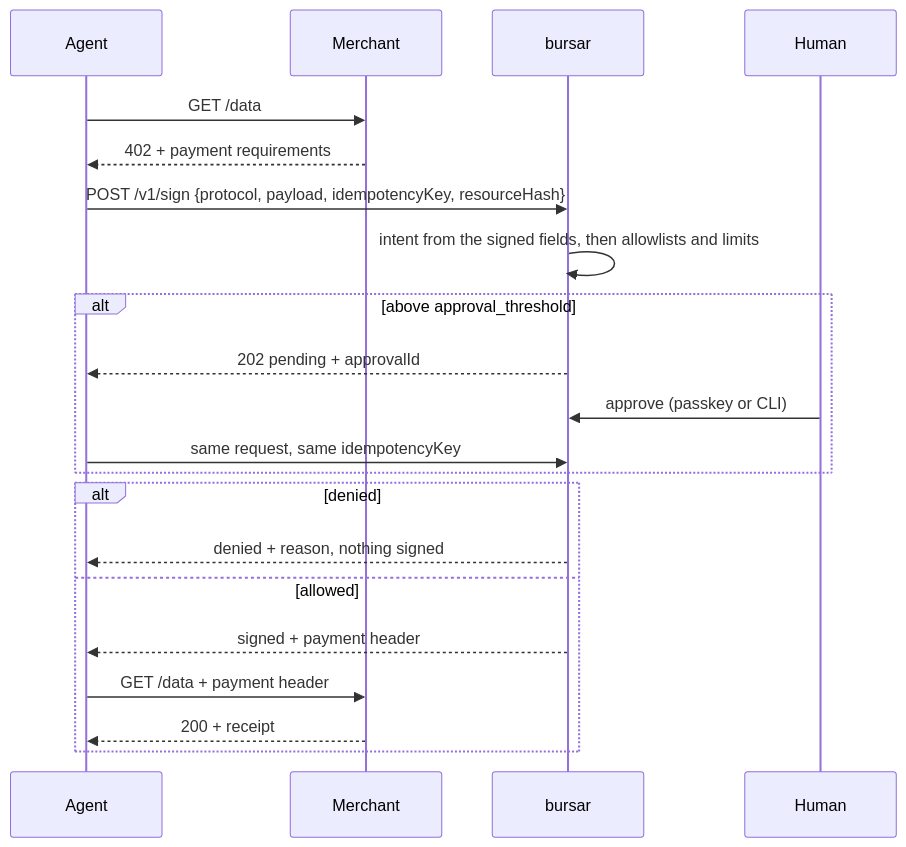
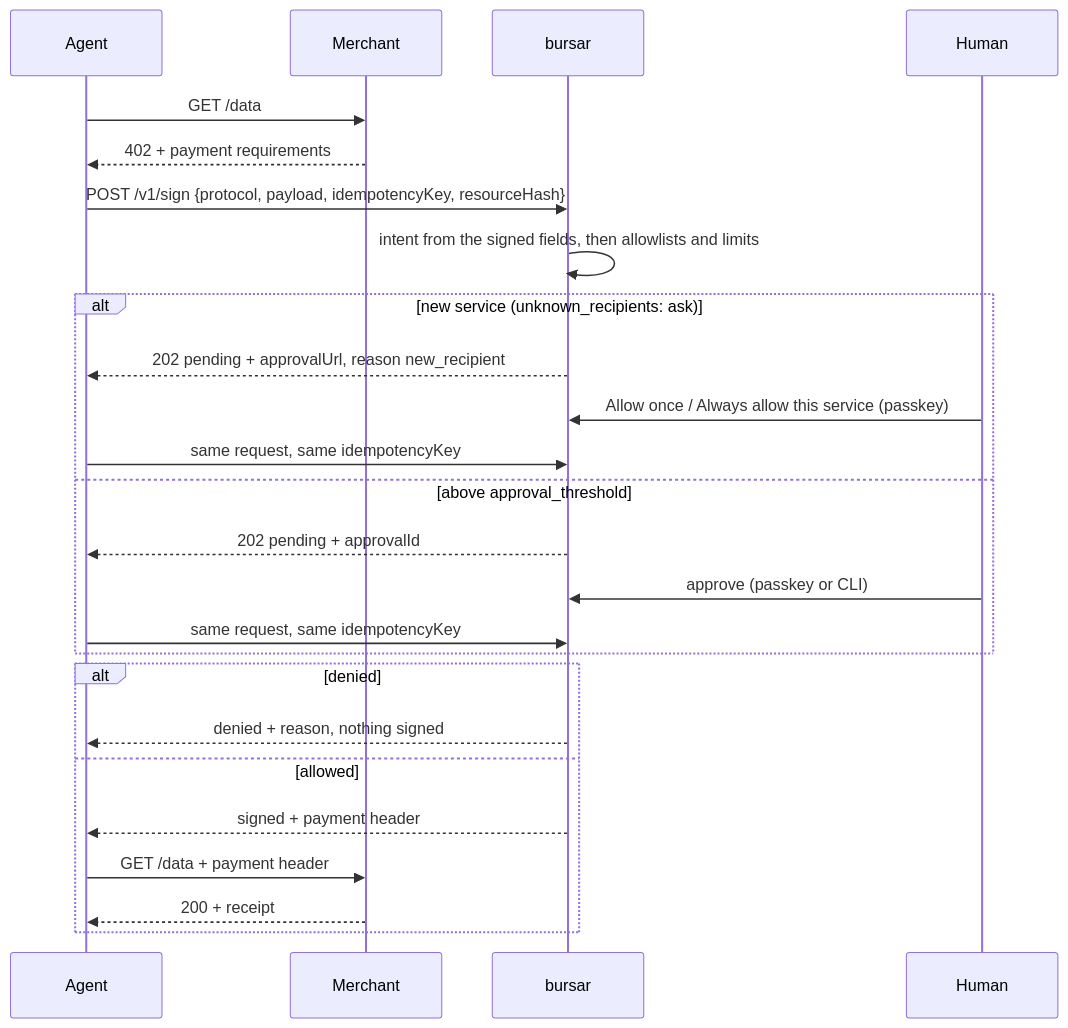
Before and after one commit to dbarabashh/bursar: the second of 2 diagrams in README.md, drawn with Mermaid. The commit also changed other lines of this file and 7 other files, not shown here.

First line of the commit message:
fix Windows CI, update diagrams for all platforms

````diff
--- a/README.md
+++ b/README.md
@@ -54,24 +54,28 @@
 ```mermaid
 sequenceDiagram
   participant A as Agent
   participant M as Merchant
   participant B as bursar
   participant H as Human
 
   A->>M: GET /data
   M-->>A: 402 + payment requirements
   A->>B: POST /v1/sign {protocol, payload, idempotencyKey, resourceHash}
   B->>B: intent from the signed fields, then allowlists and limits
-  alt above approval_threshold
+  alt new service (unknown_recipients: ask)
+    B-->>A: 202 pending + approvalUrl, reason new_recipient
+    H->>B: Allow once / Always allow this service (passkey)
+    A->>B: same request, same idempotencyKey
+  else above approval_threshold
     B-->>A: 202 pending + approvalId
     H->>B: approve (passkey or CLI)
     A->>B: same request, same idempotencyKey
   end
   alt denied
     B-->>A: denied + reason, nothing signed
   else allowed
     B-->>A: signed + payment header
     A->>M: GET /data + payment header
     M-->>A: 200 + receipt
   end
 ```
````
